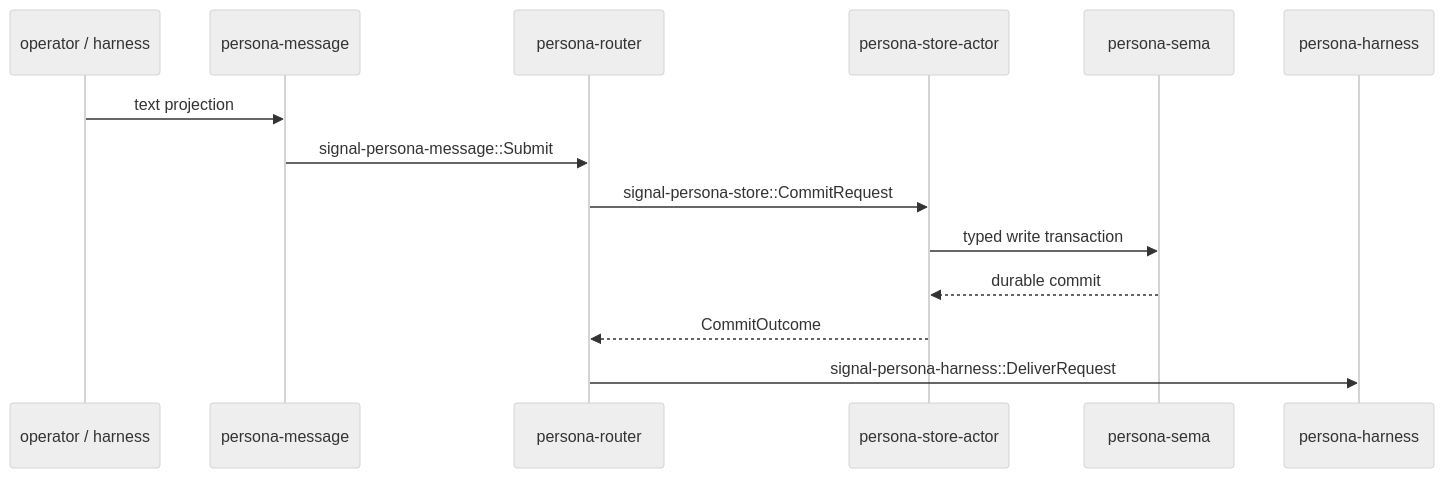
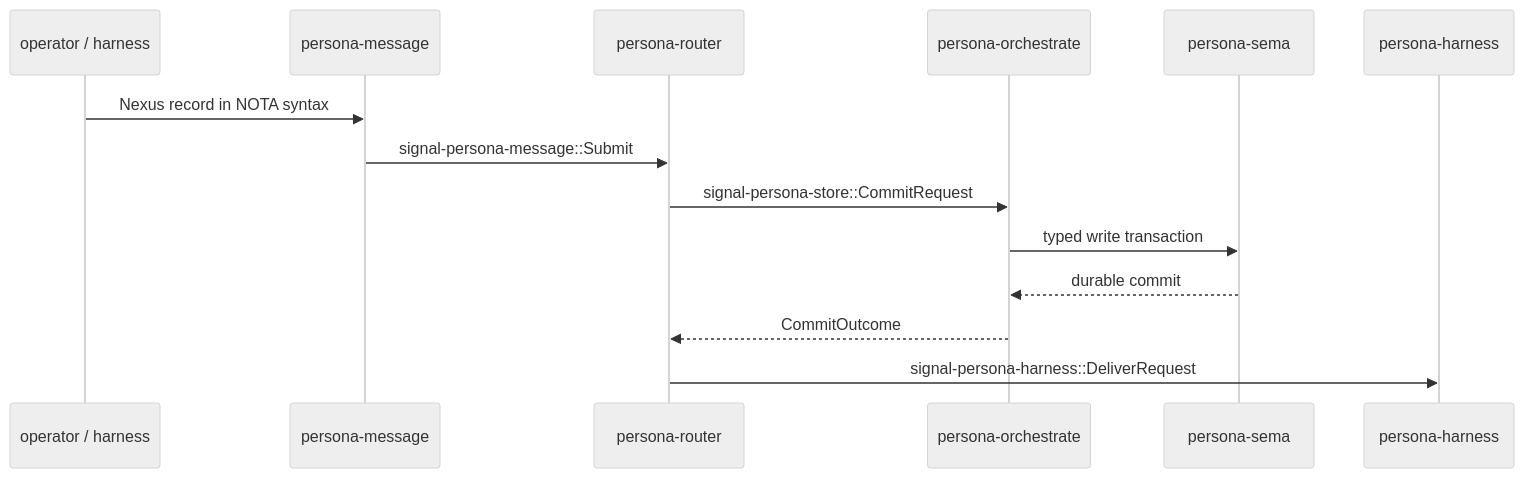
The second of 4 diagrams in reports/operator/74-signal-sema-persona-forward-implementation.md (LiGoldragon/primary), drawn with Mermaid (neutral theme) before and after one commit. The commit also changed other lines of this file and 6 other files, not shown here.

Commit message:
record nota-only text discipline re-read language-design contract-repo rust-discipline reporting

````diff
--- a/reports/operator/74-signal-sema-persona-forward-implementation.md
+++ b/reports/operator/74-signal-sema-persona-forward-implementation.md
@@ -55,17 +55,17 @@
 ```mermaid
 sequenceDiagram
     participant Human as operator / harness
     participant Message as persona-message
     participant Router as persona-router
-    participant Store as persona-store-actor
+    participant Orchestrate as persona-orchestrate
     participant Sema as persona-sema
     participant Harness as persona-harness
 
-    Human->>Message: text projection
+    Human->>Message: Nexus record in NOTA syntax
     Message->>Router: signal-persona-message::Submit
-    Router->>Store: signal-persona-store::CommitRequest
-    Store->>Sema: typed write transaction
-    Sema-->>Store: durable commit
-    Store-->>Router: CommitOutcome
+    Router->>Orchestrate: signal-persona-store::CommitRequest
+    Orchestrate->>Sema: typed write transaction
+    Sema-->>Orchestrate: durable commit
+    Orchestrate-->>Router: CommitOutcome
     Router->>Harness: signal-persona-harness::DeliverRequest
 ```
````
